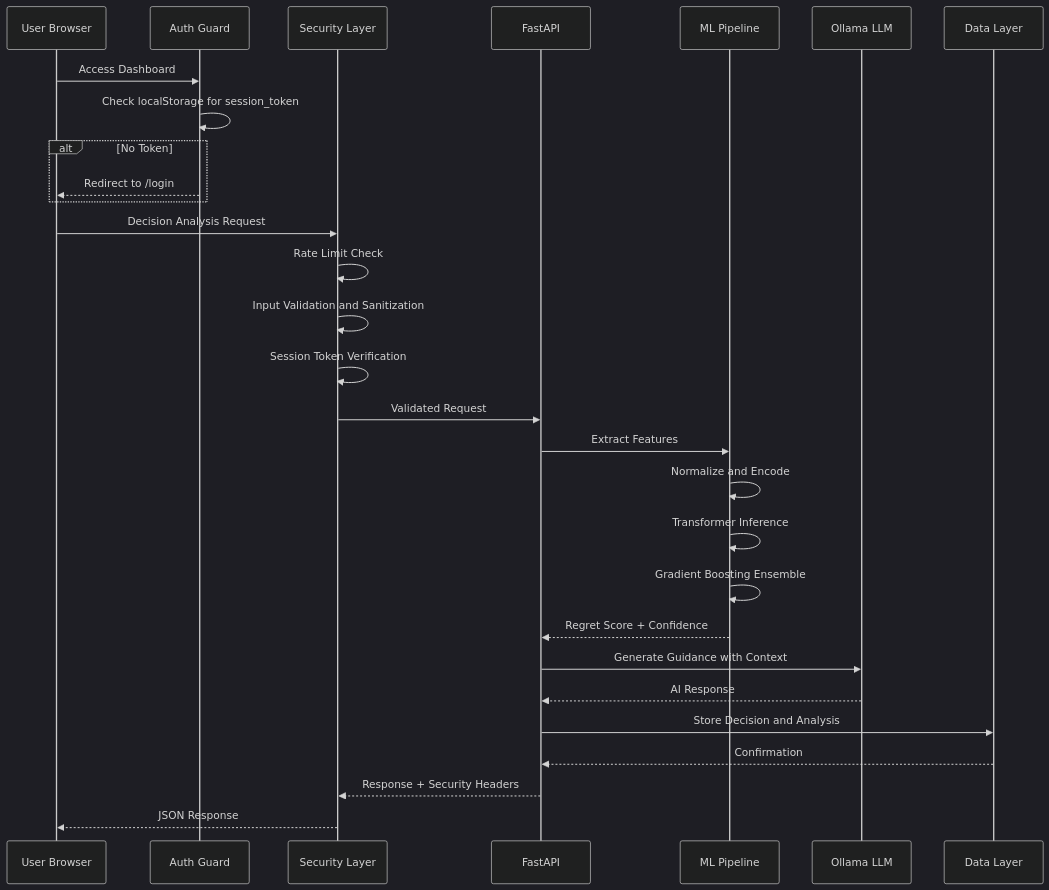
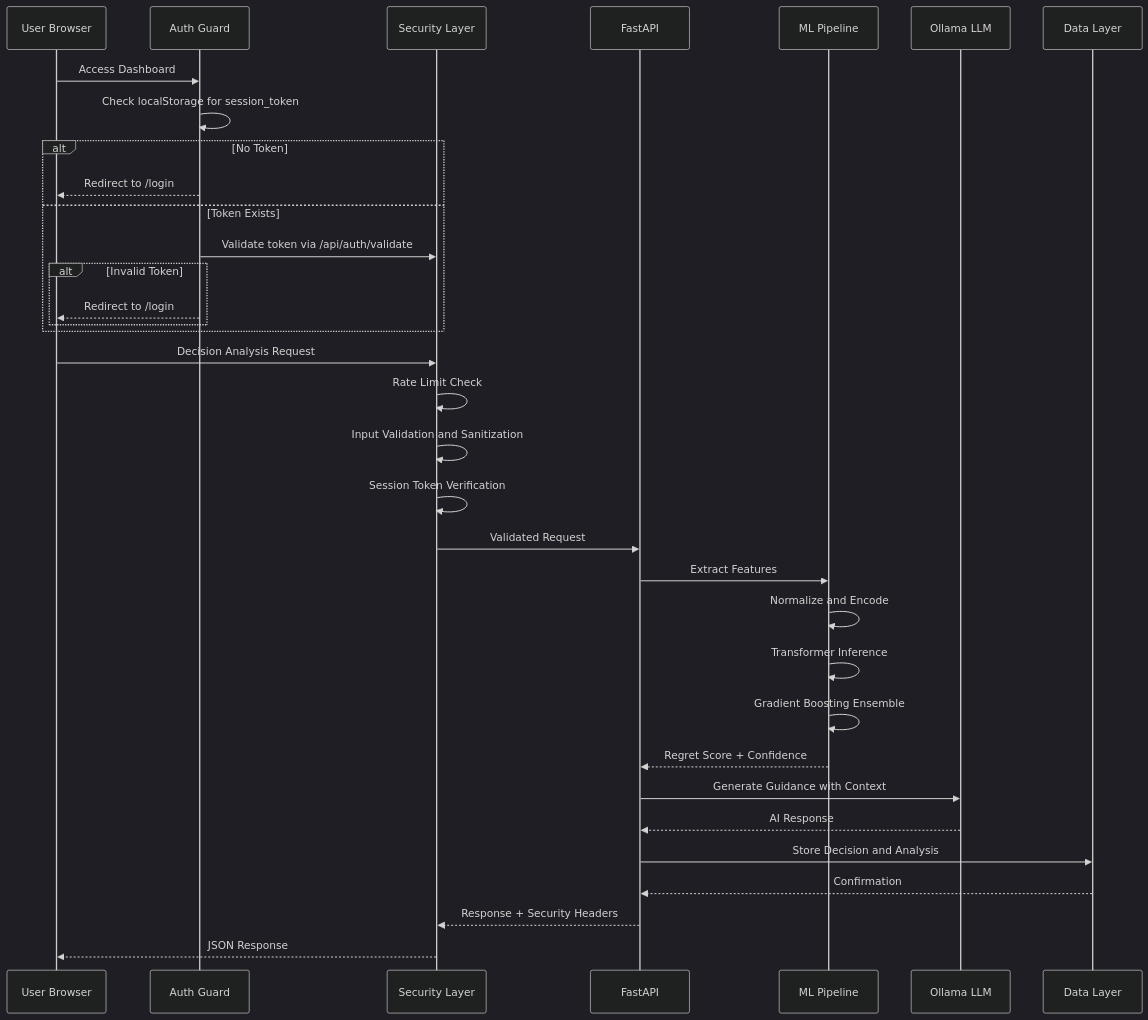
The second of 5 diagrams in README.md (sayon999-d/career-regret-ai-), drawn with Mermaid (dark theme) before and after one commit. The commit also changed other lines of this file and 17 other files, not shown here.

````diff
--- a/README.md
+++ b/README.md
@@ -183,37 +212,42 @@
 ```mermaid
 sequenceDiagram
     participant U as User Browser
     participant AG as Auth Guard
     participant S as Security Layer
     participant A as FastAPI
     participant ML as ML Pipeline
     participant LLM as Ollama LLM
     participant DB as Data Layer
 
     U->>AG: Access Dashboard
     AG->>AG: Check localStorage for session_token
     alt No Token
         AG-->>U: Redirect to /login
+    else Token Exists
+        AG->>S: Validate token via /api/auth/validate
+        alt Invalid Token
+            AG-->>U: Redirect to /login
+        end
     end
 
     U->>S: Decision Analysis Request
     S->>S: Rate Limit Check
     S->>S: Input Validation and Sanitization
     S->>S: Session Token Verification
     S->>A: Validated Request
 
     A->>ML: Extract Features
     ML->>ML: Normalize and Encode
     ML->>ML: Transformer Inference
     ML->>ML: Gradient Boosting Ensemble
     ML-->>A: Regret Score + Confidence
 
     A->>LLM: Generate Guidance with Context
     LLM-->>A: AI Response
 
     A->>DB: Store Decision and Analysis
     DB-->>A: Confirmation
 
     A-->>S: Response + Security Headers
     S-->>U: JSON Response
 ```
````
